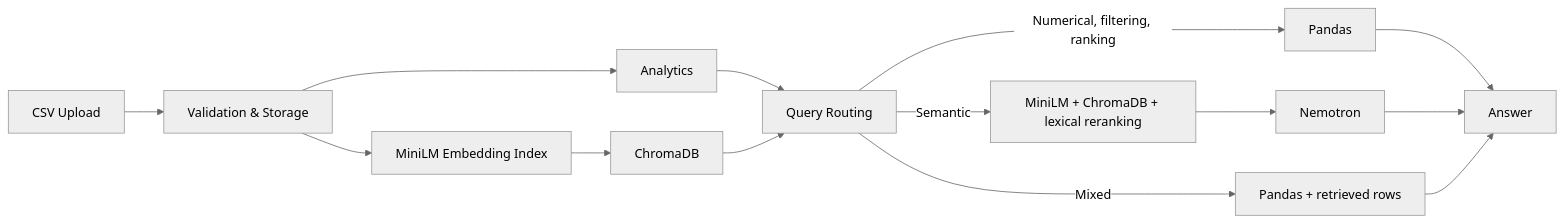
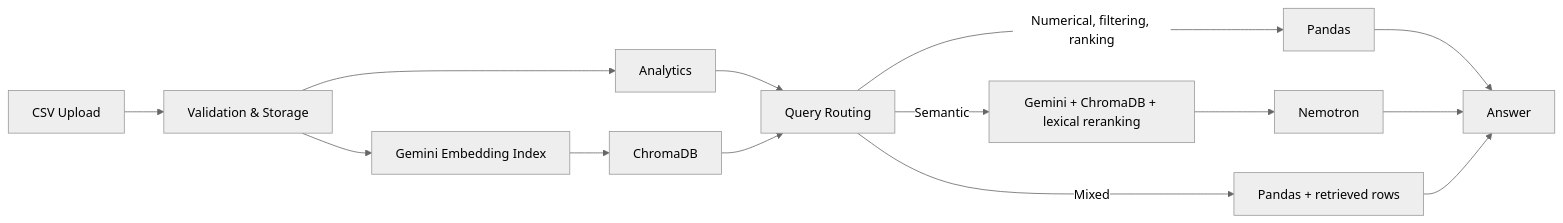
The diagram in README.md (WhyAvya/RetailIQ), drawn with Mermaid (neutral theme) before and after one commit. The commit also changed other lines of this file and 17 other files, not shown here.

````diff
--- a/README.md
+++ b/README.md
@@ -28,16 +28,16 @@
 ```mermaid
 flowchart LR
     A[CSV Upload] --> B[Validation & Storage]
     B --> C[Analytics]
-    B --> D[MiniLM Embedding Index]
+    B --> D[Gemini Embedding Index]
     D --> E[ChromaDB]
     C --> F[Query Routing]
     E --> F
     F -->|Numerical, filtering, ranking| G[Pandas]
-    F -->|Semantic| H[MiniLM + ChromaDB + lexical reranking]
+    F -->|Semantic| H[Gemini + ChromaDB + lexical reranking]
     H --> I[Nemotron]
     F -->|Mixed| J[Pandas + retrieved rows]
     G --> K[Answer]
     I --> K
     J --> K
 ```
````
